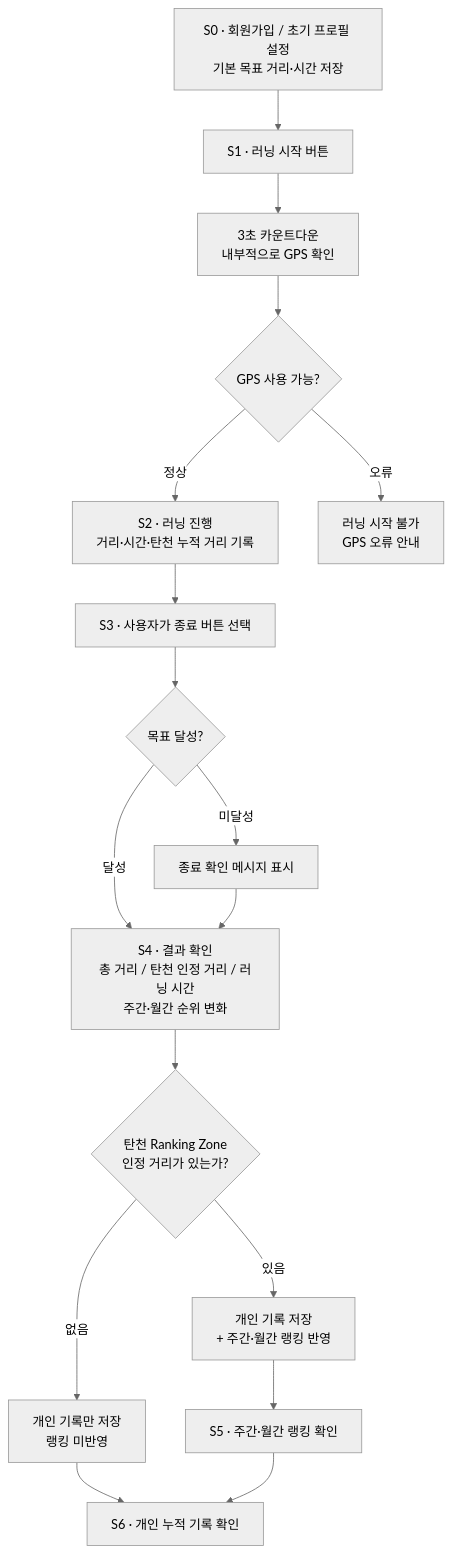
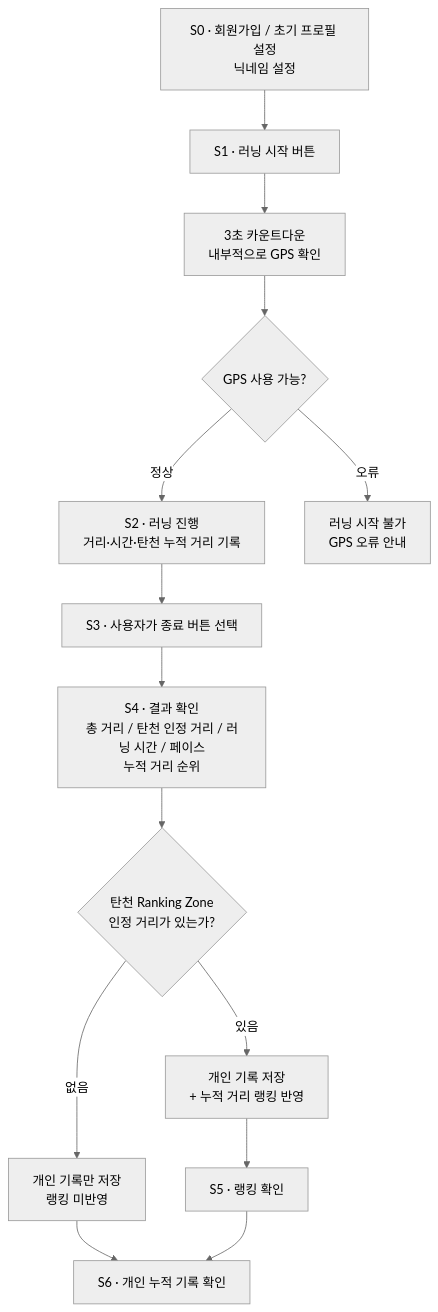
Before and after one commit to NextComm1T/project_planning_2: the diagram in docs/02-workflow.md, drawn with Mermaid (neutral theme). The commit also changed other lines of this file and 3 other files, not shown here.

````diff
--- a/docs/02-workflow.md
+++ b/docs/02-workflow.md
@@ -37,28 +40,26 @@
 ```mermaid
 flowchart TD
-    S0["S0 · 회원가입 / 초기 프로필 설정<br/>기본 목표 거리·시간 저장"]
+    S0["S0 · 회원가입 / 초기 프로필 설정<br/>닉네임 설정"]
     --> S1["S1 · 러닝 시작 버튼"]
 
     S1 --> C["3초 카운트다운<br/>내부적으로 GPS 확인"]
 
     C --> G{"GPS 사용 가능?"}
 
     G -->|정상| S2["S2 · 러닝 진행<br/>거리·시간·탄천 누적 거리 기록"]
     G -->|오류| E["러닝 시작 불가<br/>GPS 오류 안내"]
 
     S2 --> S3["S3 · 사용자가 종료 버튼 선택"]
 
-    S3 --> GOAL{"목표 달성?"}
-    GOAL -->|달성| S4["S4 · 결과 확인<br/>총 거리 / 탄천 인정 거리 / 러닝 시간<br/>주간·월간 순위 변화"]
-    GOAL -->|미달성| CONFIRM["종료 확인 메시지 표시"] --> S4
+    S3 --> S4["S4 · 결과 확인<br/>총 거리 / 탄천 인정 거리 / 러닝 시간 / 페이스<br/>누적 거리 순위"]
 
     S4 --> R{"탄천 Ranking Zone<br/>인정 거리가 있는가?"}
 
-    R -->|있음| R1["개인 기록 저장<br/>+ 주간·월간 랭킹 반영"]
+    R -->|있음| R1["개인 기록 저장<br/>+ 누적 거리 랭킹 반영"]
     R -->|없음| R2["개인 기록만 저장<br/>랭킹 미반영"]
 
-    R1 --> S5["S5 · 주간·월간 랭킹 확인"]
+    R1 --> S5["S5 · 랭킹 확인"]
     R2 --> S6["S6 · 개인 누적 기록 확인"]
 
     S5 --> S6
 ```
````
